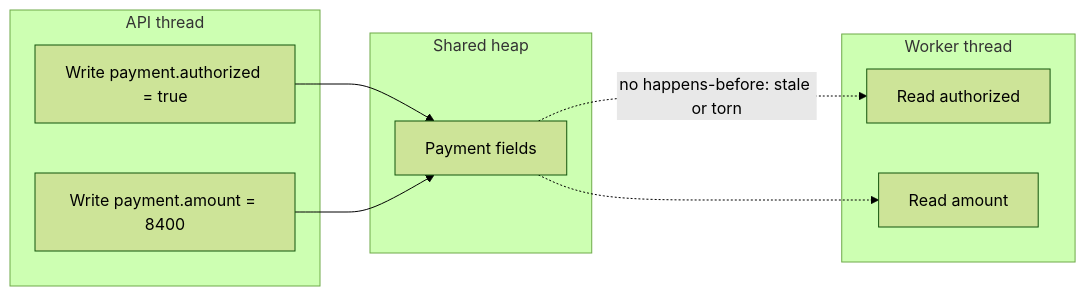
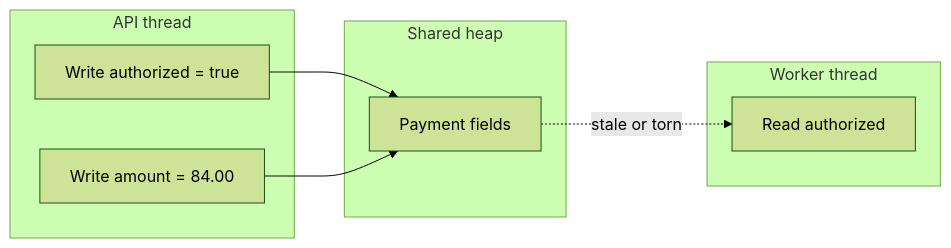
Before and after one commit to bayareala8s/training: the second of 3 diagrams in Advanced-Enterprise-Java-Engineering/course/modules/02-advanced-java-concurrency/lessons/L-2.1.md, drawn with Mermaid (forest theme). The commit also changed other lines of this file and 20 other files, not shown here.

````diff
--- a/Advanced-Enterprise-Java-Engineering/course/modules/02-advanced-java-concurrency/lessons/L-2.1.md
+++ b/Advanced-Enterprise-Java-Engineering/course/modules/02-advanced-java-concurrency/lessons/L-2.1.md
@@ -49,18 +61,16 @@
 ```mermaid
 flowchart LR
   subgraph apiThread [API thread]
-    A1[Write payment.authorized = true]
-    A2[Write payment.amount = 8400]
+    A1[Write authorized = true]
+    A2[Write amount = 84.00]
   end
   subgraph heap [Shared heap]
     P[Payment fields]
   end
   subgraph worker [Worker thread]
     W1[Read authorized]
-    W2[Read amount]
   end
   A1 --> P
   A2 --> P
-  P -.->|no happens-before: stale or torn| W1
-  P -.-> W2
+  P -.->|stale or torn| W1
 ```
````
